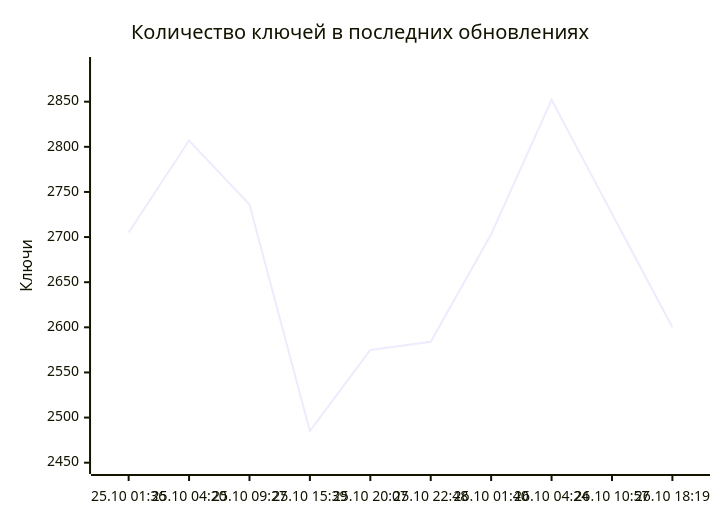
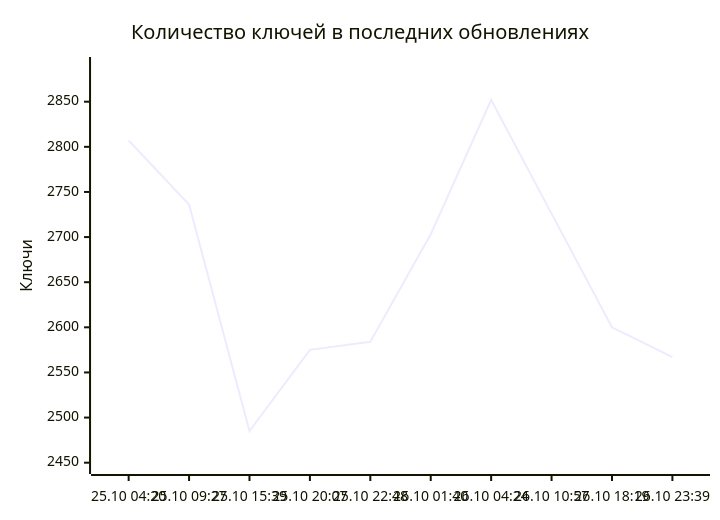
The diagram in README.md (markKikhtenko/WireVeil), drawn with Mermaid before and after one commit. The commit also changed other lines of this file and 13 other files, not shown here.

````diff
--- a/README.md
+++ b/README.md
@@ -55,7 +55,7 @@
 ```mermaid
 xychart-beta
     title "Количество ключей в последних обновлениях"
-    x-axis ["25.10 01:36", "25.10 04:20", "25.10 09:27", "25.10 15:39", "25.10 20:07", "25.10 22:48", "26.10 01:40", "26.10 04:24", "26.10 10:57", "26.10 18:19"]
+    x-axis ["25.10 04:20", "25.10 09:27", "25.10 15:39", "25.10 20:07", "25.10 22:48", "26.10 01:40", "26.10 04:24", "26.10 10:57", "26.10 18:19", "26.10 23:39"]
     y-axis "Ключи" 2448 --> 2889
-    line [2705, 2807, 2736, 2485, 2575, 2584, 2703, 2852, 2726, 2600]
+    line [2807, 2736, 2485, 2575, 2584, 2703, 2852, 2726, 2600, 2567]
 ```
````
